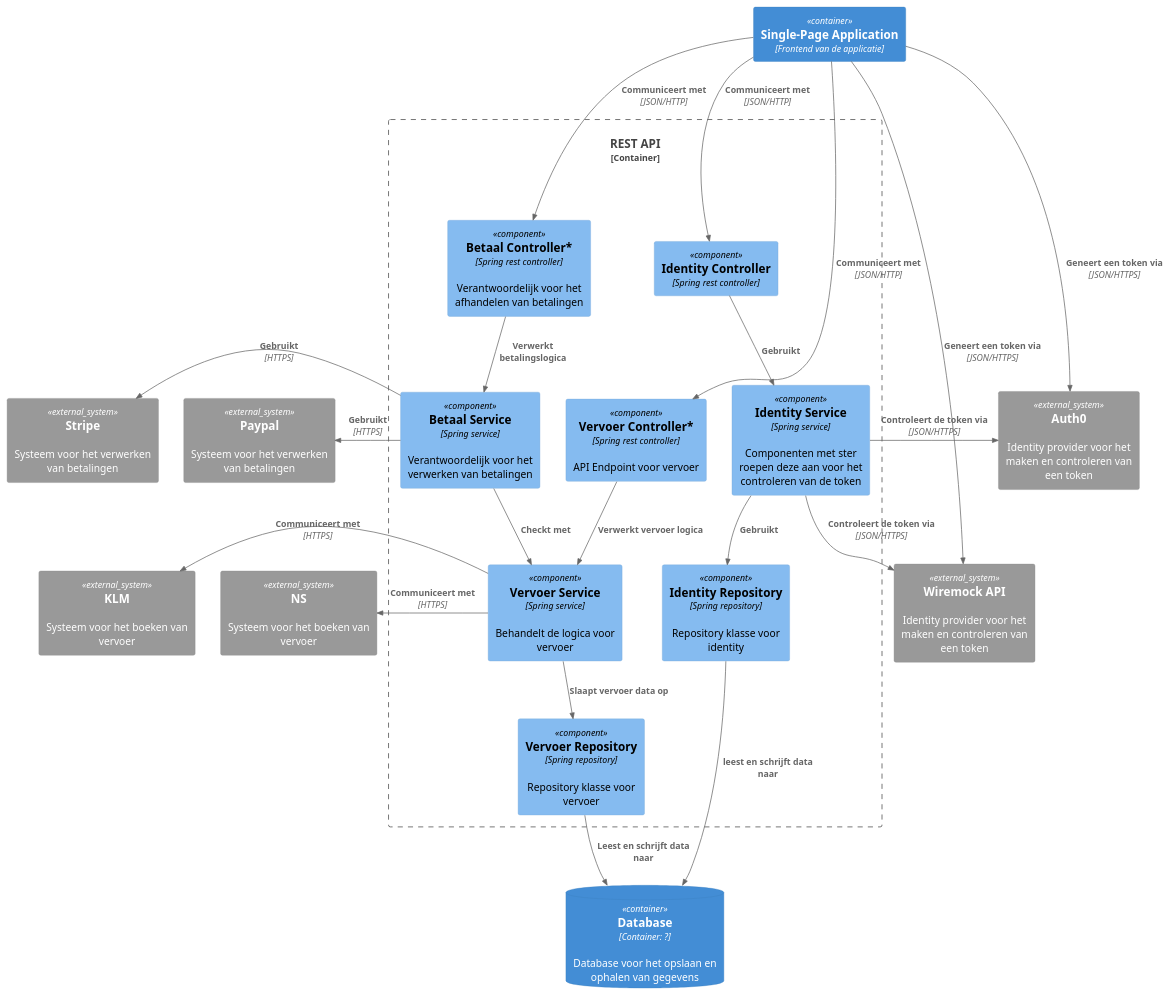
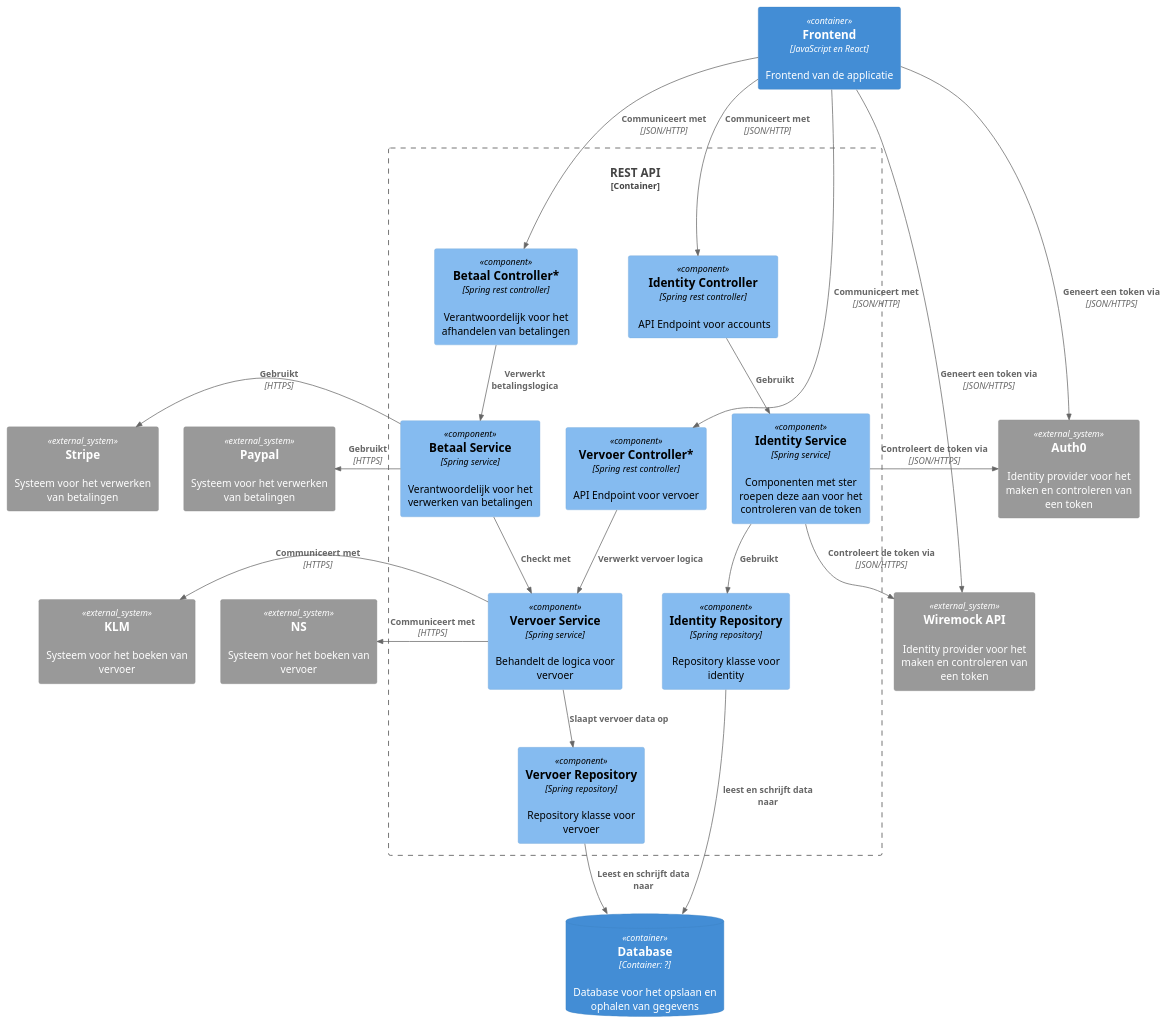
One commit to AIM-ENE-feb25/triptop-de-broederbond-fgs changed the diagram in groeps-uitwerkingen/week2/component-diagrammen/component-diagram.puml. Above: the diagram before and after it, drawn with PlantUML. The commit also changed 7 other files, not shown here.

```diff
--- a/groeps-uitwerkingen/week2/component-diagrammen/component-diagram.puml
+++ b/groeps-uitwerkingen/week2/component-diagrammen/component-diagram.puml
@@ -1,63 +1,63 @@
 @startuml
 
 !include https://raw.githubusercontent.com/plantuml-stdlib/C4-PlantUML/master/C4_Component.puml
 
-Container(singlePageApp, "Single-Page Application", "Frontend van de applicatie")
+Container(singlePageApp, "Frontend", "JavaScript en React", "Frontend van de applicatie")
 
 Container_Boundary(backend, "REST API") {
     'Betaal componenten
     Component(paymentController, "Betaal Controller*", "Spring rest controller", "Verantwoordelijk voor het afhandelen van betalingen")
     Component(paymentService, "Betaal Service", "Spring service", "Verantwoordelijk voor het verwerken van betalingen")
 
     'Vervoer componenten
     Component(transportationController, "Vervoer Controller*", "Spring rest controller", "API Endpoint voor vervoer")
     Component(transportationService, "Vervoer Service", "Spring service", "Behandelt de logica voor vervoer")
     Component(transportationRepository, "Vervoer Repository", "Spring repository", "Repository klasse voor vervoer")
 
     'Identity componenten
-    Component(identity_controller, "Identity Controller", "Spring rest controller")
+    Component(identity_controller, "Identity Controller", "Spring rest controller", " API Endpoint voor accounts")
     Component(identity_service, "Identity Service", "Spring service", "Componenten met ster roepen deze aan voor het controleren van de token")
     Component(identity_dao, "Identity Repository", "Spring repository", "Repository klasse voor identity")
 }
 
 ContainerDb(database, "Database", "Container: ?", "Database voor het opslaan en ophalen van gegevens")
 
 System_Ext(paypal, "Paypal", "Systeem voor het verwerken van betalingen")
 System_Ext(stripe, "Stripe", "Systeem voor het verwerken van betalingen")
 
 System_Ext(wireMockApi, "Wiremock API", "Identity provider voor het maken en controleren van een token")
 System_Ext(auth0, "Auth0", "Identity provider voor het maken en controleren van een token")
 
 System_Ext(NS, "NS", "Systeem voor het boeken van vervoer")
 System_Ext(KLM, "KLM" , "Systeem voor het boeken van vervoer")
 
 'Frontend relaties
 Rel(singlePageApp, transportationController, "Communiceert met", "JSON/HTTP")
 Rel(singlePageApp, paymentController, "Communiceert met", "JSON/HTTP")
 Rel(singlePageApp, identity_controller, "Communiceert met", "JSON/HTTP")
 
 Rel(singlePageApp, wireMockApi, "Geneert een token via", "JSON/HTTPS")
 Rel(singlePageApp, auth0, "Geneert een token via", "JSON/HTTPS")
 
 'Identity relaties
 Rel(identity_controller, identity_service, "Gebruikt")
 Rel(identity_service, identity_dao, "Gebruikt")
 Rel(identity_dao, database, "leest en schrijft data naar")
 Rel(identity_service, wireMockApi, "Controleert de token via", "JSON/HTTPS")
 Rel_R(identity_service, auth0, "Controleert de token via", "JSON/HTTPS")
 
 'Betaal relaties
 Rel(paymentController, paymentService, "Verwerkt betalingslogica")
 Rel_L(paymentService, paypal, "Gebruikt", "HTTPS")
 Rel_L(paymentService, stripe, "Gebruikt", "HTTPS")
 Rel(paymentService, transportationService, "Checkt met")
 
 'Vervoer relaties
 Rel(transportationController, transportationService, "Verwerkt vervoer logica")
 Rel(transportationService, transportationRepository, "Slaapt vervoer data op")
 Rel_L(transportationService, NS, "Communiceert met", "HTTPS")
 Rel_L(transportationService, KLM, "Communiceert met", "HTTPS")
 Rel(transportationRepository, database, "Leest en schrijft data naar")
 
 
 @enduml
```
